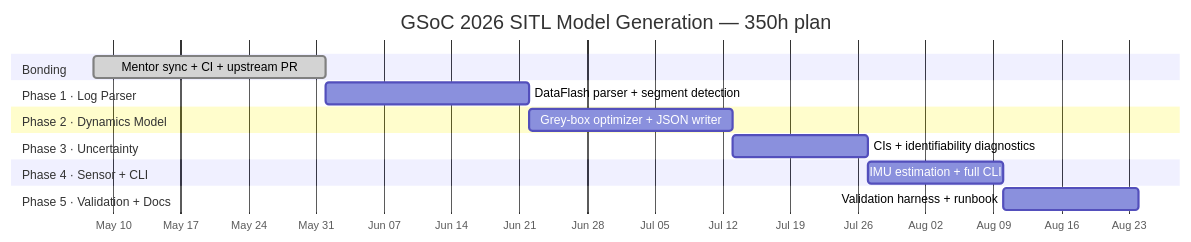
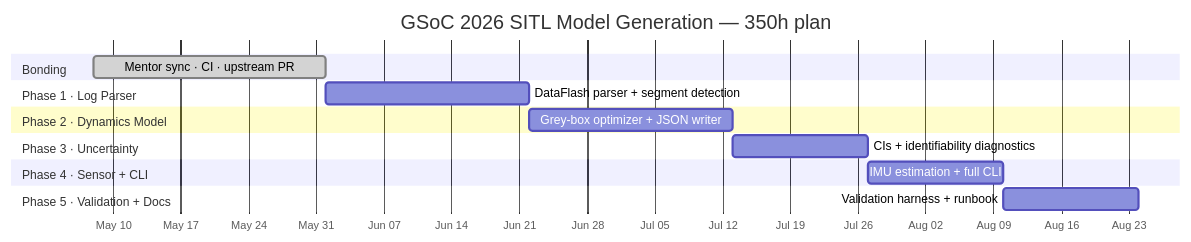
Before and after one commit to bandaru6/gsoc-sitl-sysid: the third of 3 diagrams in PROPOSAL.md, drawn with Mermaid. The commit also changed other lines of this file and 6 other files, not shown here.

Commit message:
Final proposal revision: 5 missing sections, background rewrite, larger figure text

````diff
--- a/PROPOSAL.md
+++ b/PROPOSAL.md
@@ -482,24 +495,24 @@
 ```mermaid
 gantt
   title GSoC 2026 SITL Model Generation — 350h plan
   dateFormat YYYY-MM-DD
   axisFormat %b %d
 
   section Bonding
-  Mentor sync + CI + upstream PR        :done, 2026-05-08, 24d
+  Mentor sync · CI · upstream PR        :done, 2026-05-08, 24d
 
   section Phase 1 · Log Parser
   DataFlash parser + segment detection  :2026-06-01, 21d
 
   section Phase 2 · Dynamics Model
   Grey-box optimizer + JSON writer      :2026-06-22, 21d
 
   section Phase 3 · Uncertainty
   CIs + identifiability diagnostics     :2026-07-13, 14d
 
   section Phase 4 · Sensor + CLI
   IMU estimation + full CLI             :2026-07-27, 14d
 
   section Phase 5 · Validation + Docs
   Validation harness + runbook          :2026-08-10, 14d
 ```
````
